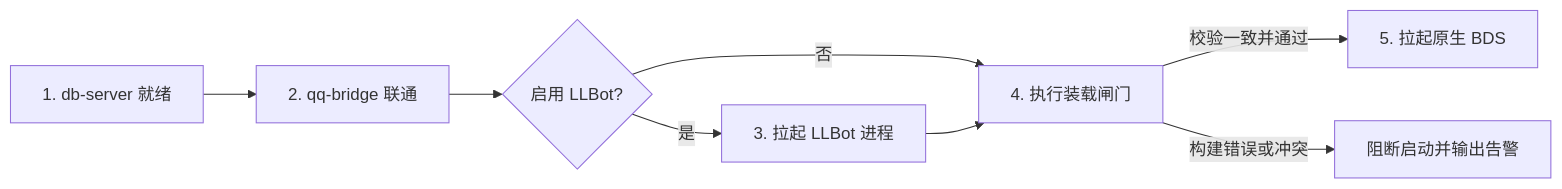
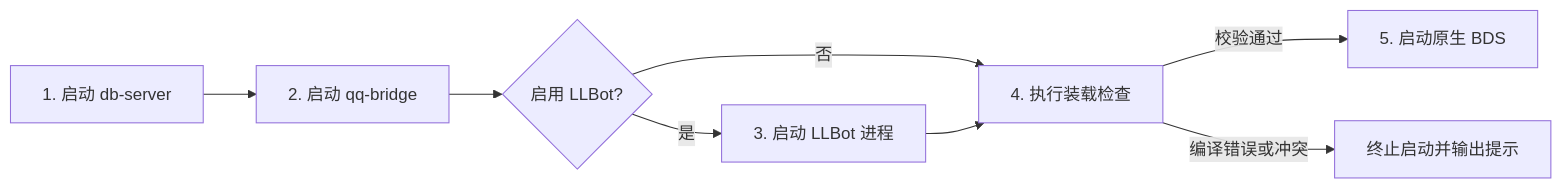
Before and after one commit to DogeLakeDev/ScriptsForMinecraftServer: the second of 2 diagrams in docs/zh/guide/services.mdx, drawn with Mermaid. The commit also changed other lines of this file and 282 other files, not shown here.

````diff
--- a/docs/zh/guide/services.mdx
+++ b/docs/zh/guide/services.mdx
@@ -46,10 +46,10 @@
 ```mermaid
 flowchart LR
-  db[1. db-server 就绪] --> qq[2. qq-bridge 联通]
+  db[1. 启动 db-server] --> qq[2. 启动 qq-bridge]
   qq --> llbot{启用 LLBot?}
-  llbot -->|是| bot[3. 拉起 LLBot 进程]
-  llbot -->|否| gate[4. 执行装载闸门]
+  llbot -->|是| bot[3. 启动 LLBot 进程]
+  llbot -->|否| gate[4. 执行装载检查]
   bot --> gate
-  gate -->|校验一致并通过| bds[5. 拉起原生 BDS]
-  gate -->|构建错误或冲突| stop[阻断启动并输出告警]
+  gate -->|校验通过| bds[5. 启动原生 BDS]
+  gate -->|编译错误或冲突| stop[终止启动并输出提示]
 ```
````
